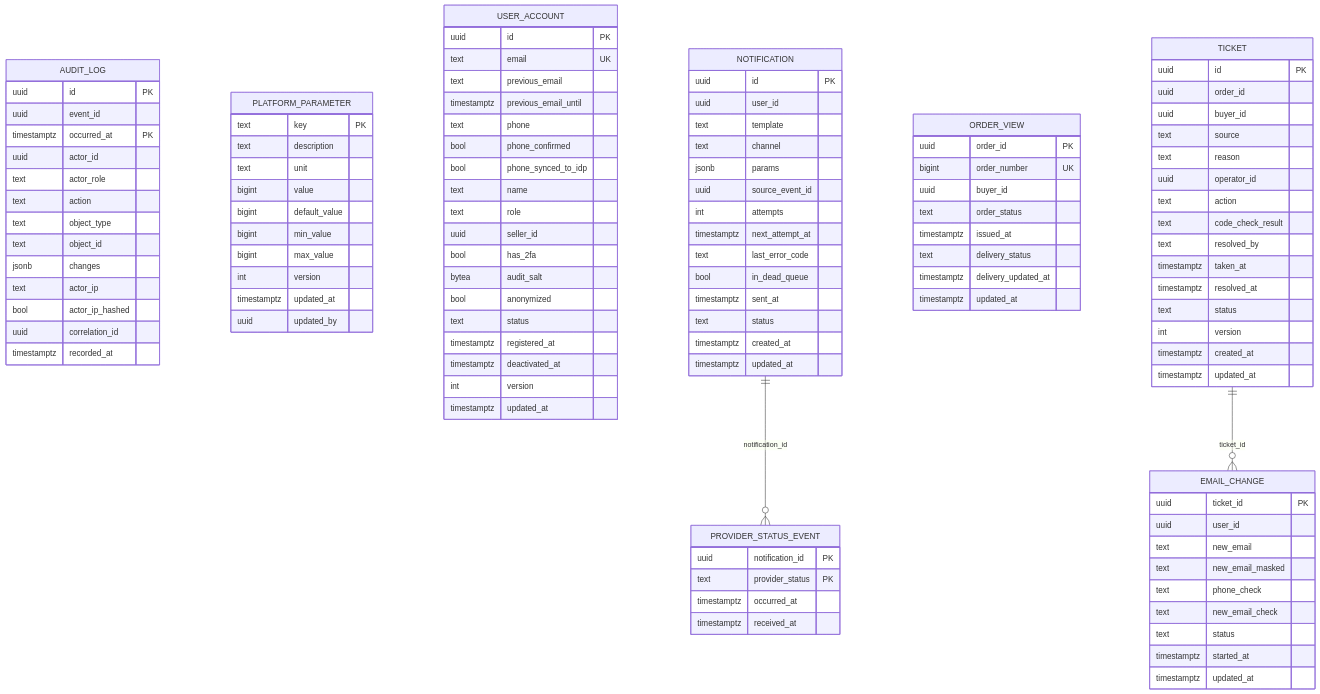
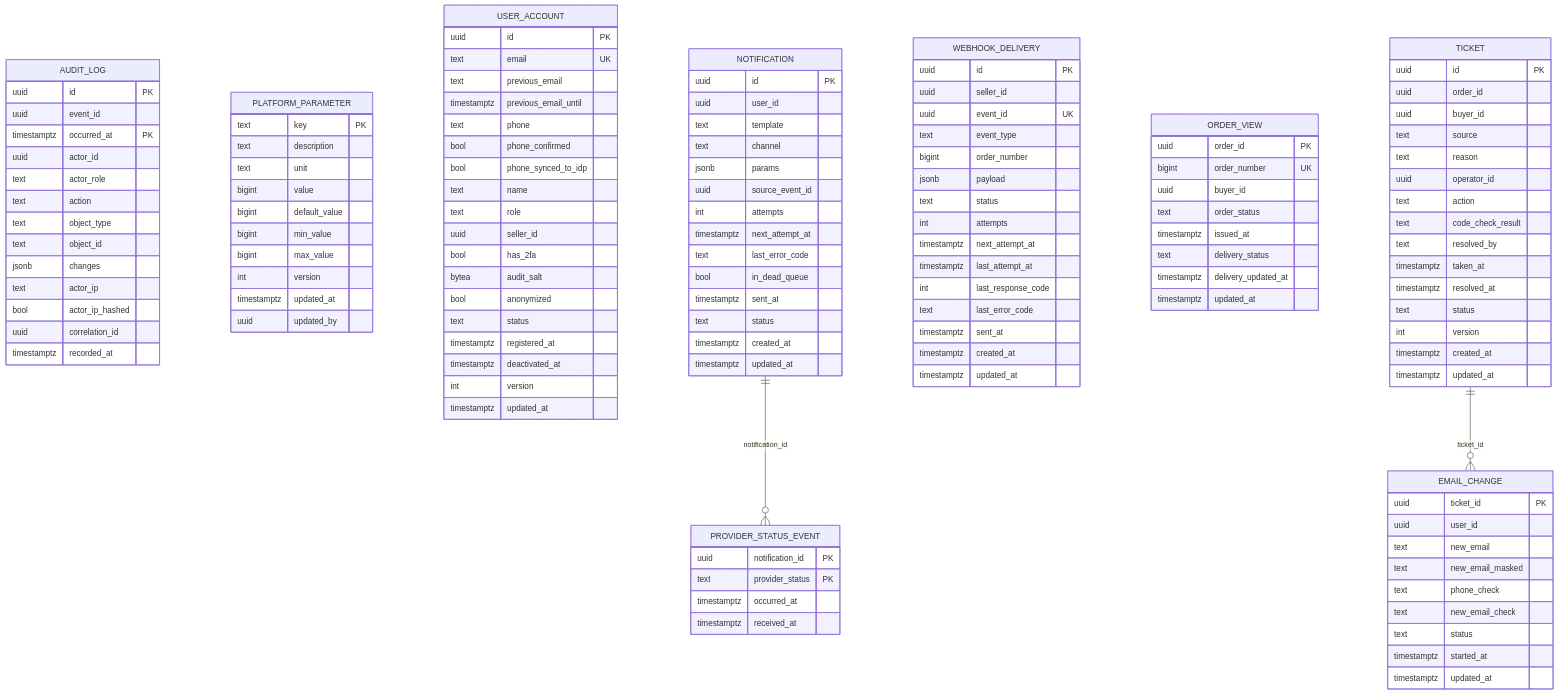
One commit to Lapin143/digital-goods-marketplace changed the diagram in docs/07-data/platform-service-schema.md. Above: the diagram before and after it, drawn with Mermaid. The commit also changed other lines of this file and 34 other files, not shown here.

```diff
--- a/docs/07-data/platform-service-schema.md
+++ b/docs/07-data/platform-service-schema.md
@@ -85,6 +85,23 @@
         timestamptz occurred_at
         timestamptz received_at
     }
+    WEBHOOK_DELIVERY {
+        uuid id PK
+        uuid seller_id
+        uuid event_id UK
+        text event_type
+        bigint order_number
+        jsonb payload
+        text status
+        int attempts
+        timestamptz next_attempt_at
+        timestamptz last_attempt_at
+        int last_response_code
+        text last_error_code
+        timestamptz sent_at
+        timestamptz created_at
+        timestamptz updated_at
+    }
     EMAIL_CHANGE {
         uuid ticket_id PK
         uuid user_id
```
